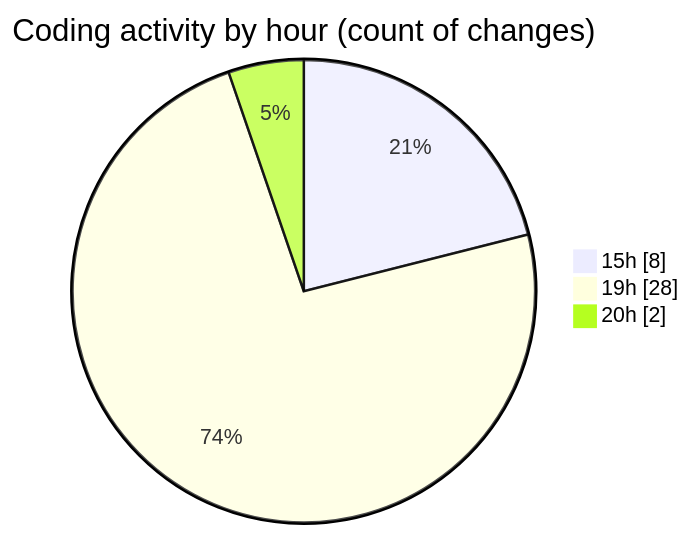
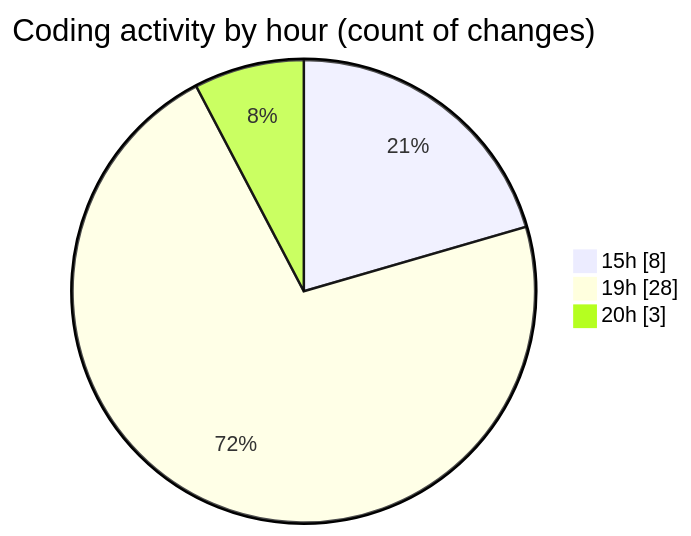
Before and after one commit to Ritupan-Deka/code-tracking: the second of 2 diagrams in 2025-01-26/search/README.md, drawn with Mermaid. The commit also changed other lines of this file and 1 other file, not shown here.

````diff
--- a/2025-01-26/search/README.md
+++ b/2025-01-26/search/README.md
@@ -31,7 +31,7 @@
 ```mermaid
 pie showData
 title Coding activity by hour (count of changes)
 "15h" : 8
 "19h" : 28
-"20h" : 2
+"20h" : 3
 ```
````
